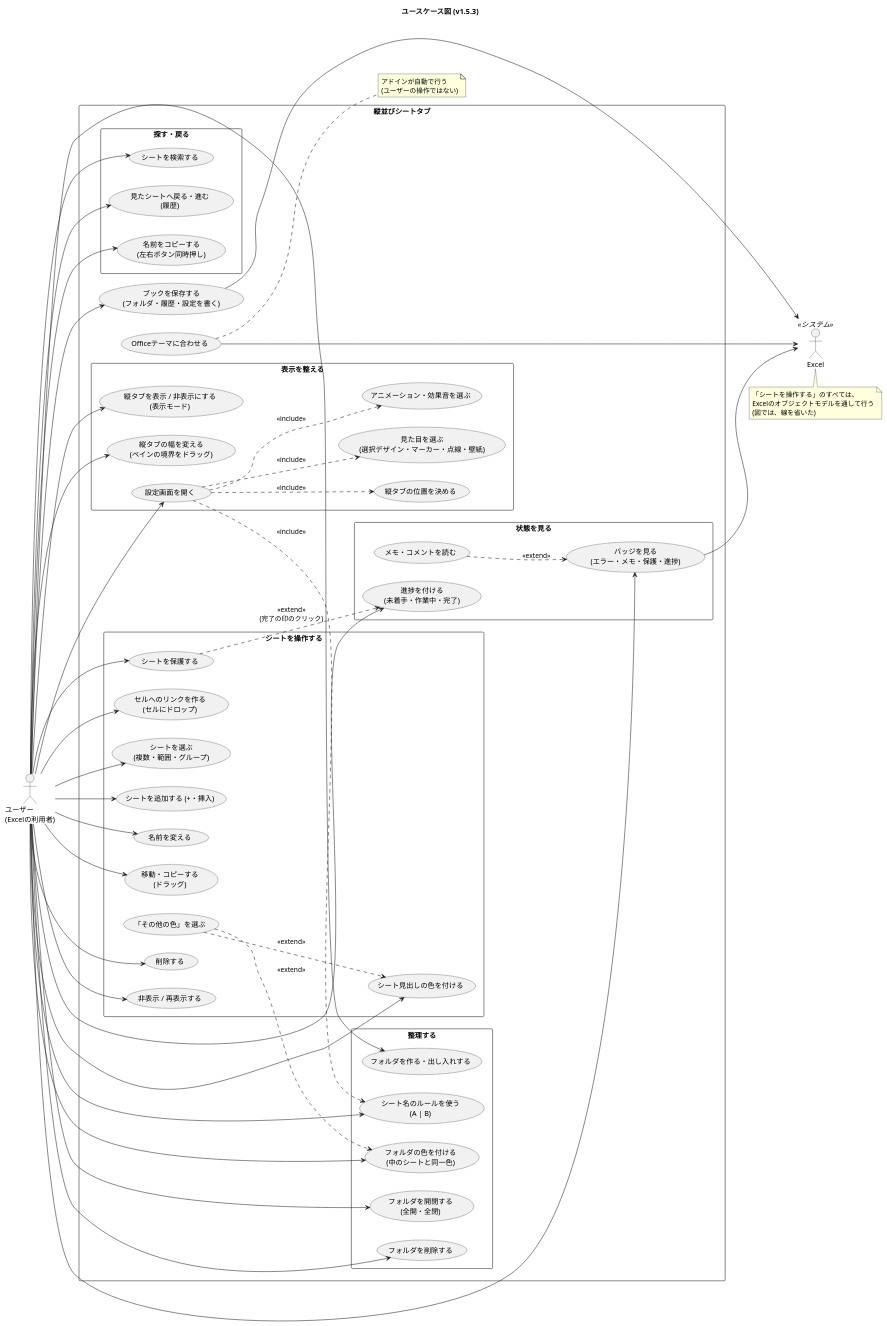
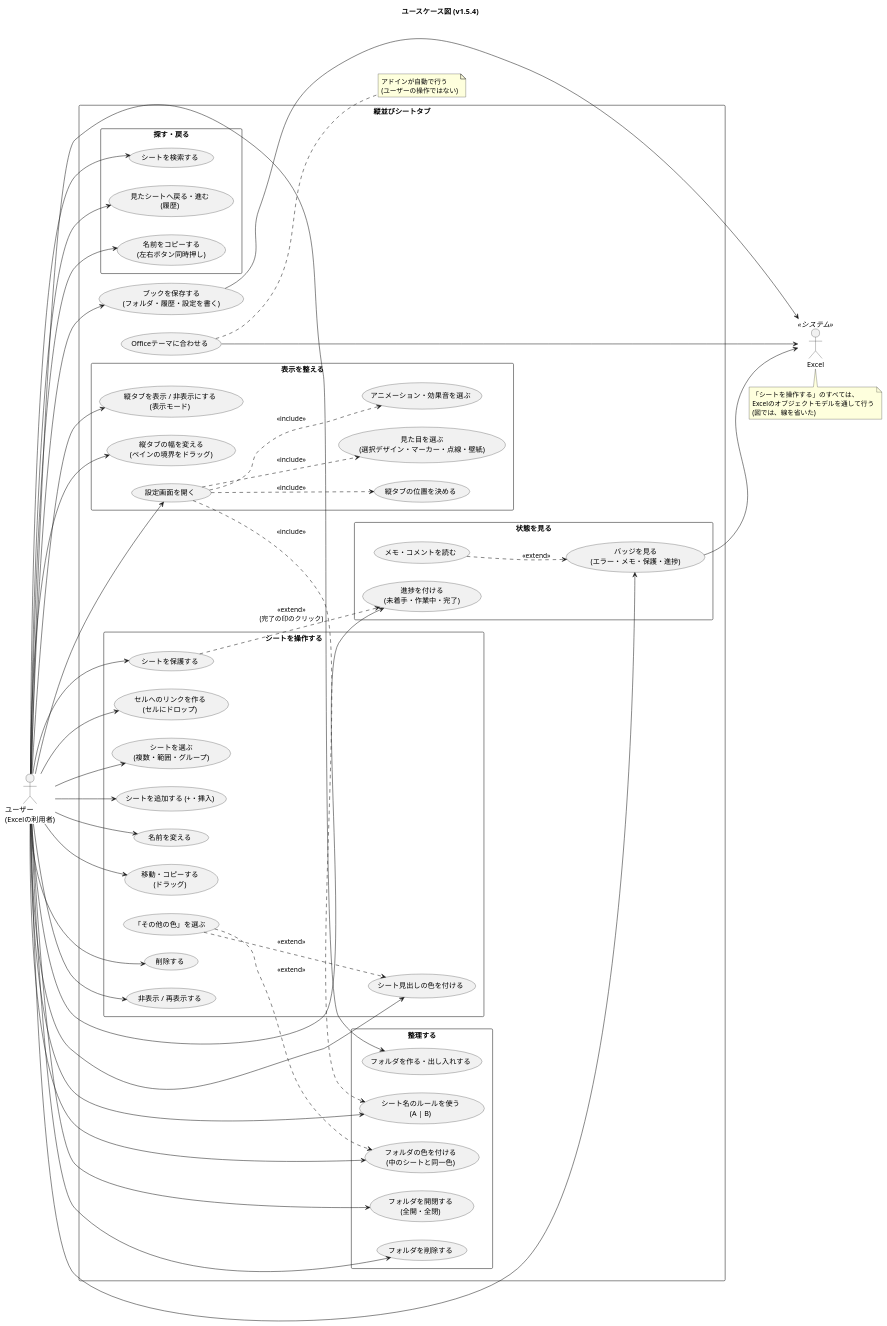
One commit to nk-taka623/VerticalSheetTabs changed the diagram in docs/usecase.puml. Above: the diagram before and after it, drawn with PlantUML. The commit also changed 16 other files, not shown here.

```diff
--- a/docs/usecase.puml
+++ b/docs/usecase.puml
@@ -1,105 +1,105 @@
 @startuml
-title ユースケース図 (v1.5.3)
+title ユースケース図 (v1.5.4)
 left to right direction
 skinparam shadowing false
 skinparam packageStyle rectangle
 
 actor "ユーザー\n(Excelの利用者)" as U
 actor "Excel" as XL <<システム>>
 
 rectangle "縦並びシートタブ" {
 
   package "シートを操作する" {
     usecase "シートを選ぶ\n(複数・範囲・グループ)" as UC_SEL
     usecase "シートを追加する (+・挿入)" as UC_ADD
     usecase "名前を変える" as UC_REN
     usecase "移動・コピーする\n(ドラッグ)" as UC_MOVE
     usecase "削除する" as UC_DEL
     usecase "非表示 / 再表示する" as UC_HIDE
     usecase "シート見出しの色を付ける" as UC_COLOR
     usecase "「その他の色」を選ぶ" as UC_MORE
     usecase "シートを保護する" as UC_PROT
     usecase "セルへのリンクを作る\n(セルにドロップ)" as UC_LINK
   }
 
   package "整理する" {
     usecase "フォルダを作る・出し入れする" as UC_FOLDER
     usecase "フォルダを開閉する\n(全開・全閉)" as UC_TOGGLE
     usecase "フォルダの色を付ける\n(中のシートと同一色)" as UC_FCOLOR
     usecase "フォルダを削除する" as UC_FDEL
     usecase "シート名のルールを使う\n(A | B)" as UC_RULE
   }
 
   package "探す・戻る" {
     usecase "シートを検索する" as UC_SEARCH
     usecase "見たシートへ戻る・進む\n(履歴)" as UC_HIST
     usecase "名前をコピーする\n(左右ボタン同時押し)" as UC_COPY
   }
 
   package "状態を見る" {
     usecase "バッジを見る\n(エラー・メモ・保護・進捗)" as UC_BADGE
     usecase "メモ・コメントを読む" as UC_MEMO
     usecase "進捗を付ける\n(未着手・作業中・完了)" as UC_PROG
   }
 
   package "表示を整える" {
     usecase "縦タブを表示 / 非表示にする\n(表示モード)" as UC_MODE
     usecase "縦タブの位置を決める" as UC_SIDE
     usecase "縦タブの幅を変える\n(ペインの境界をドラッグ)" as UC_WIDTH
     usecase "設定画面を開く" as UC_SET
     usecase "見た目を選ぶ\n(選択デザイン・マーカー・点線・壁紙)" as UC_LOOK
     usecase "アニメーション・効果音を選ぶ" as UC_ANIM
   }
 
   usecase "ブックを保存する\n(フォルダ・履歴・設定を書く)" as UC_SAVE
   usecase "Officeテーマに合わせる" as UC_THEME
 }
 
 U --> UC_SEL
 U --> UC_ADD
 U --> UC_REN
 U --> UC_MOVE
 U --> UC_DEL
 U --> UC_HIDE
 U --> UC_COLOR
 U --> UC_PROT
 U --> UC_LINK
 U --> UC_FOLDER
 U --> UC_TOGGLE
 U --> UC_FCOLOR
 U --> UC_FDEL
 U --> UC_RULE
 U --> UC_SEARCH
 U --> UC_HIST
 U --> UC_COPY
 U --> UC_BADGE
 U --> UC_PROG
 U --> UC_MODE
 U --> UC_WIDTH
 U --> UC_SET
 U --> UC_SAVE
 
 UC_MORE ..> UC_COLOR : <<extend>>
 UC_MORE ..> UC_FCOLOR : <<extend>>
 UC_MEMO ..> UC_BADGE : <<extend>>
 UC_PROT ..> UC_PROG : <<extend>>\n(完了の印のクリック)
 UC_SET ..> UC_SIDE : <<include>>
 UC_SET ..> UC_LOOK : <<include>>
 UC_SET ..> UC_ANIM : <<include>>
 UC_SET ..> UC_RULE : <<include>>
 
 UC_SAVE --> XL
 UC_THEME --> XL
 UC_BADGE --> XL
 
 note bottom of XL
   「シートを操作する」のすべては、
   Excelのオブジェクトモデルを通して行う
   (図では、線を省いた)
 end note
 
 note right of UC_THEME
   アドインが自動で行う
   (ユーザーの操作ではない)
 end note
 @enduml
```
